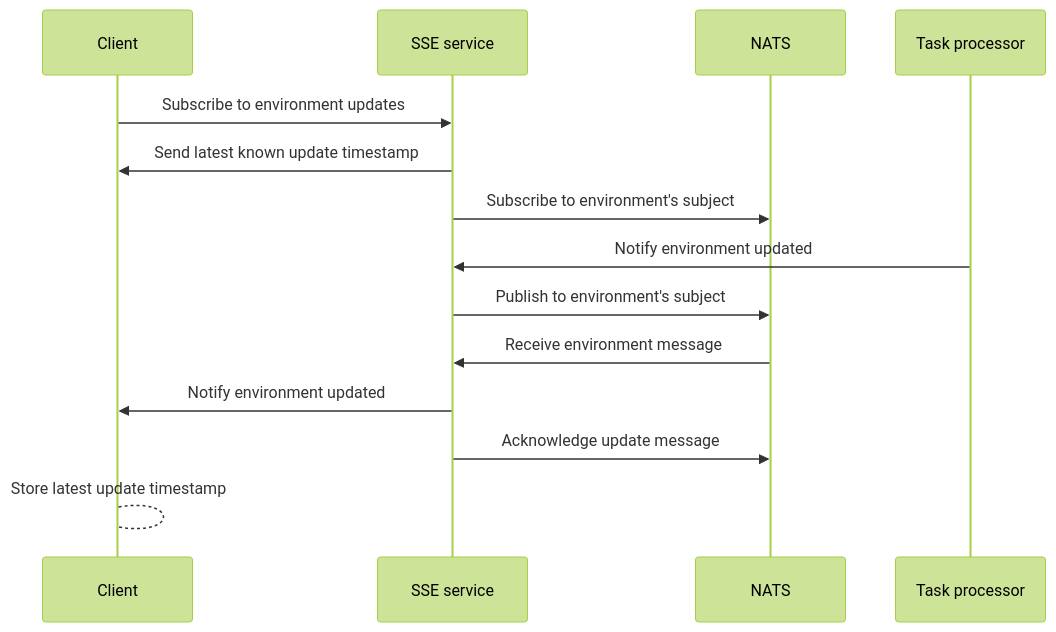
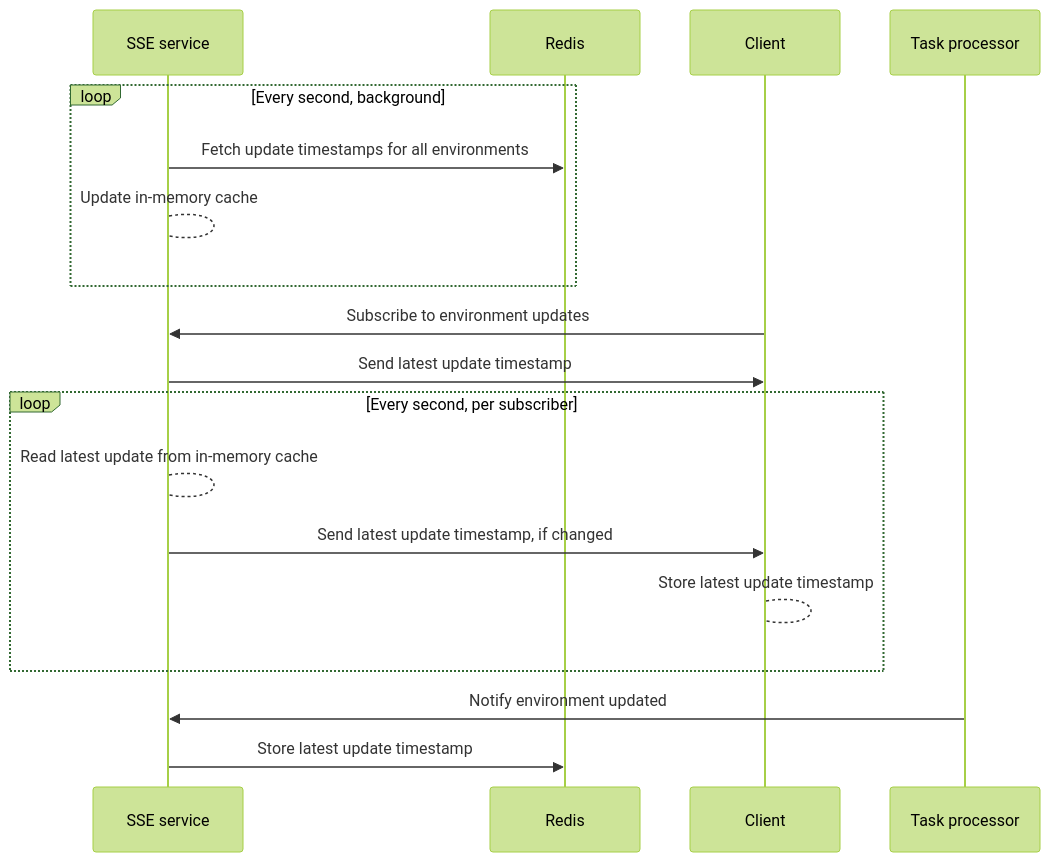
One commit to Flagsmith/flagsmith changed the second of 2 diagrams in docs/docs/deployment/hosting/real-time/index.md. Above: the diagram before and after it, drawn with Mermaid (forest theme). The commit also changed other lines of this file and 3 other files, not shown here.

````diff
--- a/docs/docs/deployment/hosting/real-time/index.md
+++ b/docs/docs/deployment/hosting/real-time/index.md
@@ -65,12 +58,16 @@
 ```mermaid
 sequenceDiagram
+    loop Every second, background
+      SSE service->>Redis: Fetch update timestamps for all environments
+      SSE service-->SSE service: Update in-memory cache
+    end
     Client->>SSE service: Subscribe to environment updates
-    SSE service->>Client: Send latest known update timestamp
-    SSE service->>NATS: Subscribe to environment's subject
+    SSE service->>Client: Send latest update timestamp
+    loop Every second, per subscriber
+      SSE service-->SSE service: Read latest update from in-memory cache
+      SSE service->>Client: Send latest update timestamp, if changed
+      Client-->Client: Store latest update timestamp
+    end
     Task processor->>SSE service: Notify environment updated
-    SSE service->>NATS: Publish to environment's subject
-    NATS->>SSE service: Receive environment message
-    SSE service->>Client: Notify environment updated
-    SSE service->>NATS: Acknowledge update message
-    Client-->Client: Store latest update timestamp
+    SSE service->>Redis: Store latest update timestamp
 ```
````
